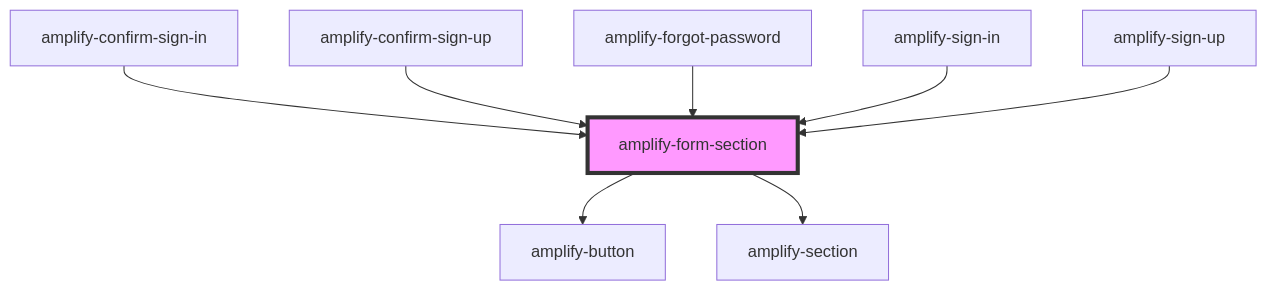
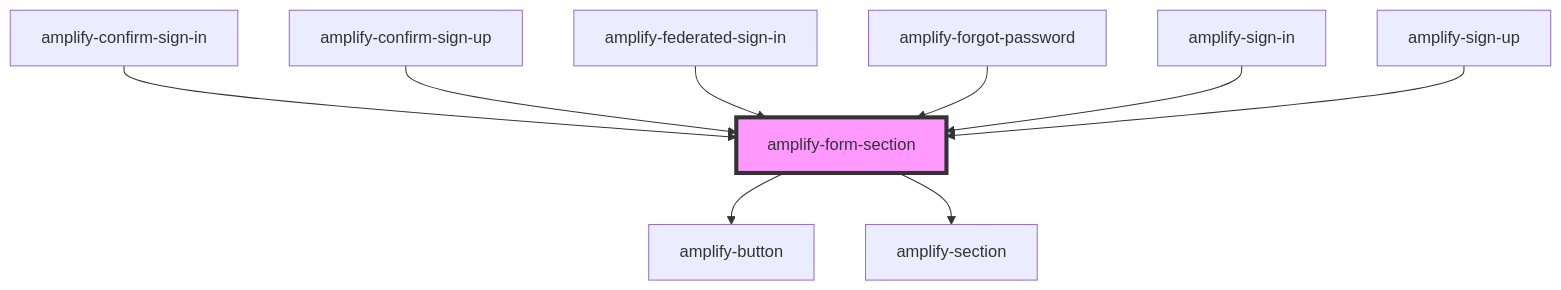
The diagram in packages/amplify-ui-components/src/components/amplify-form-section/readme.md (aws-amplify/amplify-js), drawn with Mermaid before and after one commit. The commit also changed other lines of this file and 14 other files, not shown here.

````diff
--- a/packages/amplify-ui-components/src/components/amplify-form-section/readme.md
+++ b/packages/amplify-ui-components/src/components/amplify-form-section/readme.md
@@ -36,11 +37,12 @@
 ```mermaid
 graph TD;
   amplify-form-section --> amplify-button
   amplify-form-section --> amplify-section
   amplify-confirm-sign-in --> amplify-form-section
   amplify-confirm-sign-up --> amplify-form-section
+  amplify-federated-sign-in --> amplify-form-section
   amplify-forgot-password --> amplify-form-section
   amplify-sign-in --> amplify-form-section
   amplify-sign-up --> amplify-form-section
   style amplify-form-section fill:#f9f,stroke:#333,stroke-width:4px
 ```
````
